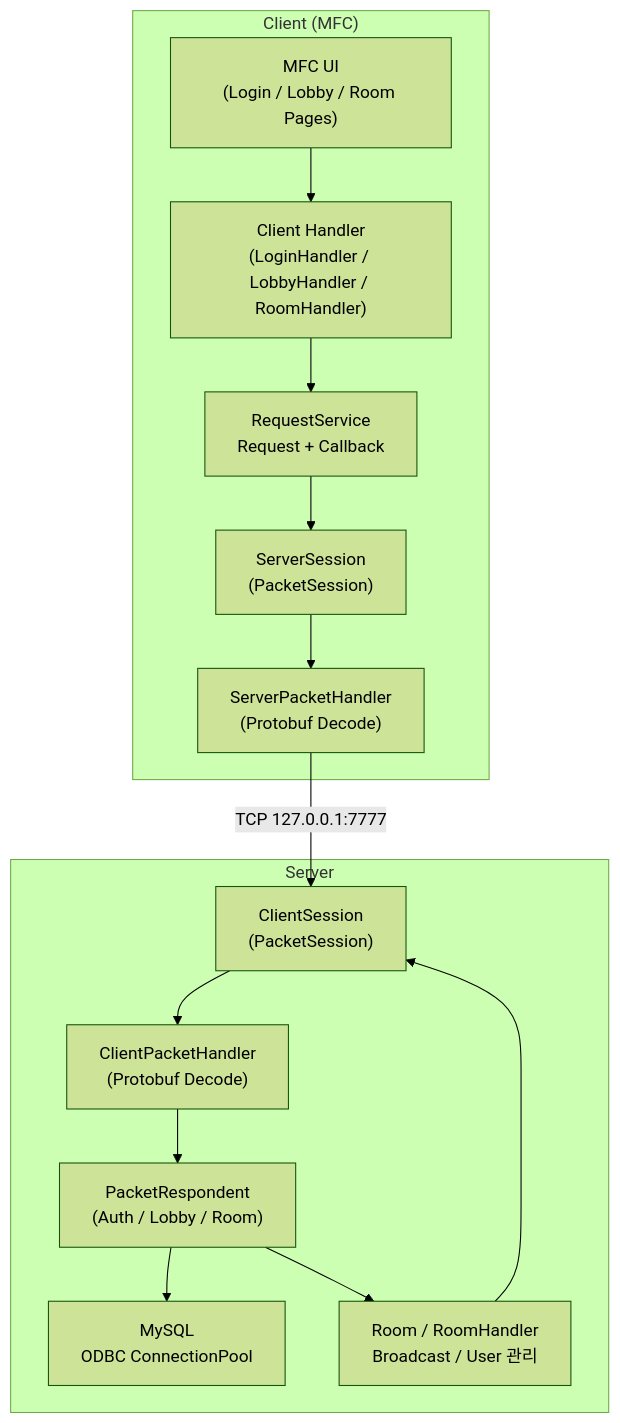
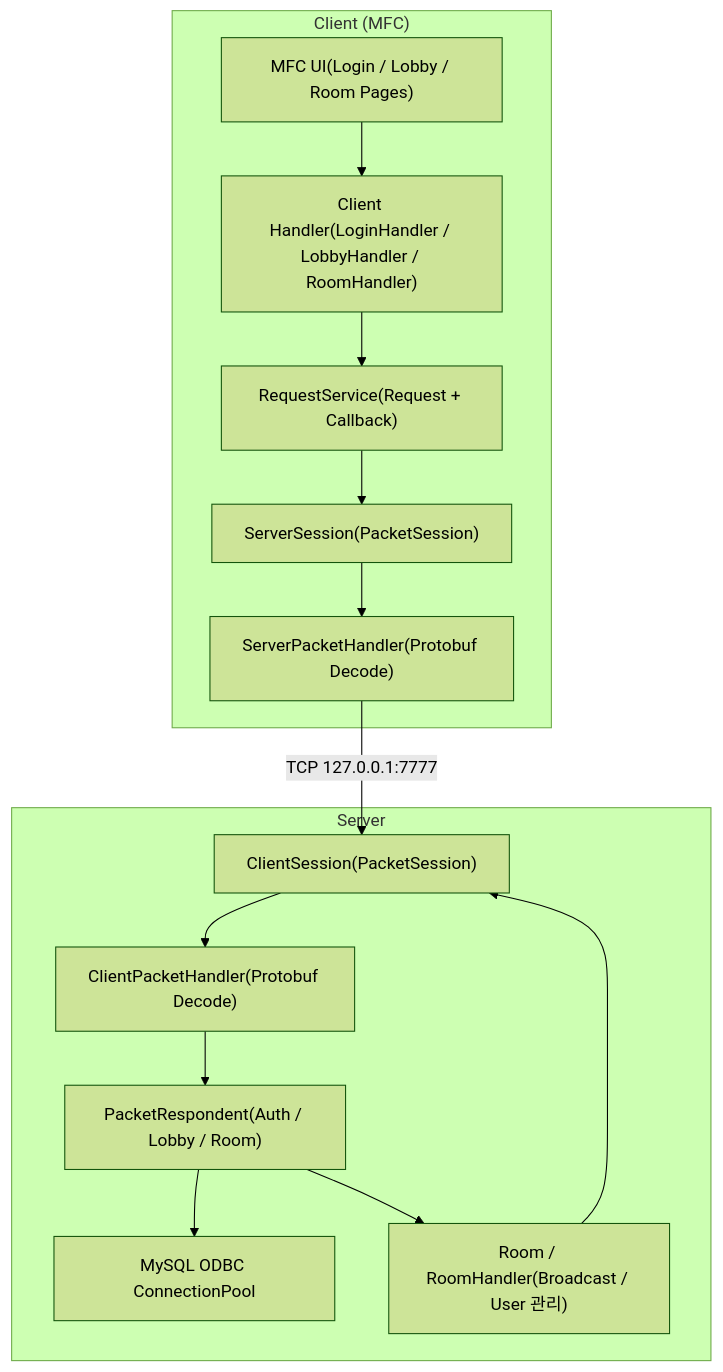
The first of 2 diagrams in README.md (seje06/ChattingProgram), drawn with Mermaid (forest theme) before and after one commit.

````diff
--- a/README.md
+++ b/README.md
@@ -56,50 +56,50 @@
 ```mermaid
 flowchart TD
 
 %% ================= CLIENT =================
 subgraph CLIENT["Client (MFC)"]
 
-UI["MFC UI\n(Login / Lobby / Room Pages)"]
+UI["MFC UI(Login / Lobby / Room Pages)"]
 
-HANDLER["Client Handler\n(LoginHandler / LobbyHandler / RoomHandler)"]
+HANDLER["Client Handler(LoginHandler / LobbyHandler / RoomHandler)"]
 
-REQUEST["RequestService<T>\nRequest + Callback"]
+REQUEST["RequestService<T>(Request + Callback)"]
 
-SESSION_CLIENT["ServerSession\n(PacketSession)"]
+SESSION_CLIENT["ServerSession(PacketSession)"]
 
-PACKET_CLIENT["ServerPacketHandler\n(Protobuf Decode)"]
+PACKET_CLIENT["ServerPacketHandler(Protobuf Decode)"]
 
 UI --> HANDLER
 HANDLER --> REQUEST
 REQUEST --> SESSION_CLIENT
 SESSION_CLIENT --> PACKET_CLIENT
 
 end
 
 %% ================= NETWORK =================
 
 PACKET_CLIENT -->|TCP 127.0.0.1:7777| SESSION_SERVER
 
 %% ================= SERVER =================
 subgraph SERVER["Server"]
 
-SESSION_SERVER["ClientSession\n(PacketSession)"]
+SESSION_SERVER["ClientSession(PacketSession)"]
 
-PACKET_SERVER["ClientPacketHandler\n(Protobuf Decode)"]
+PACKET_SERVER["ClientPacketHandler(Protobuf Decode)"]
 
-RESPONDENT["PacketRespondent<T>\n(Auth / Lobby / Room)"]
+RESPONDENT["PacketRespondent<T>(Auth / Lobby / Room)"]
 
-ROOM["Room / RoomHandler\nBroadcast / User 관리"]
+ROOM["Room / RoomHandler(Broadcast / User 관리)"]
 
-DB["MySQL\nODBC ConnectionPool"]
+DB["MySQL ODBC ConnectionPool"]
 
 SESSION_SERVER --> PACKET_SERVER
 PACKET_SERVER --> RESPONDENT
 
 RESPONDENT --> DB
 RESPONDENT --> ROOM
 
 ROOM --> SESSION_SERVER
 
 end
 ```
````
